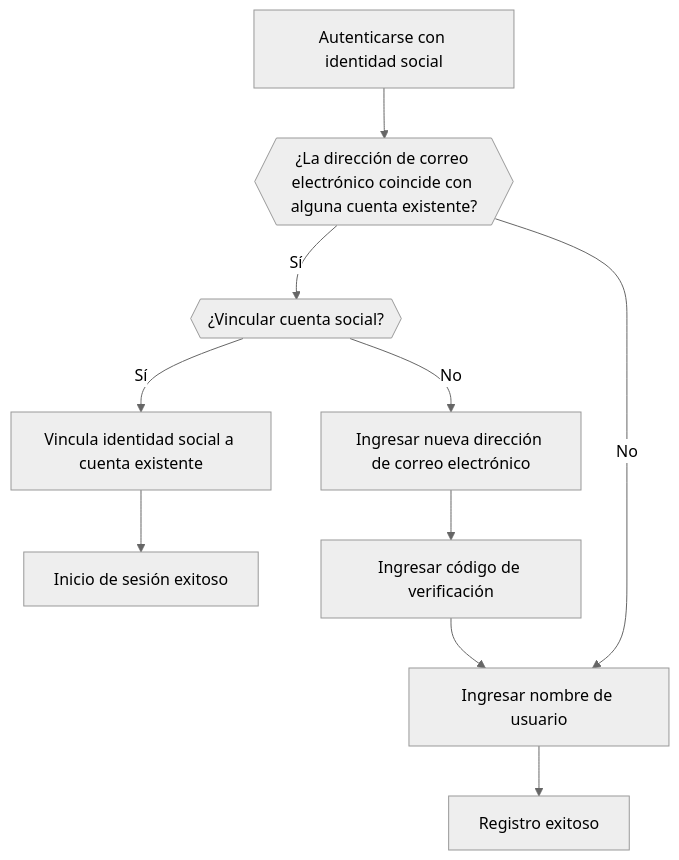
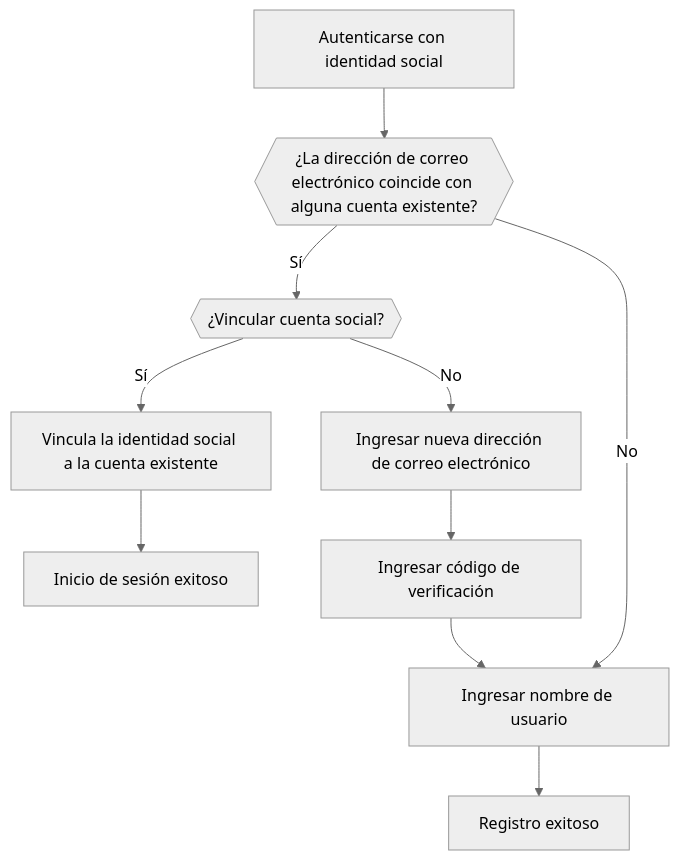
One commit to logto-io/docs changed the fifth of 6 diagrams in i18n/es/docusaurus-plugin-content-docs/current/end-user-flows/sign-up-and-sign-in/social-sign-in.mdx. Above: the diagram before and after it, drawn with Mermaid (neutral theme). The commit also changed other lines of this file and 67 other files, not shown here.

````diff
--- a/i18n/es/docusaurus-plugin-content-docs/current/end-user-flows/sign-up-and-sign-in/social-sign-in.mdx
+++ b/i18n/es/docusaurus-plugin-content-docs/current/end-user-flows/sign-up-and-sign-in/social-sign-in.mdx
@@ -134,12 +136,12 @@
    ```mermaid
       flowchart TD
        A[Autenticarse con identidad social] --> B{{¿La dirección de correo electrónico coincide con alguna cuenta existente?}}
        B -- Sí --> C{{¿Vincular cuenta social?}}
-       C -- Sí --> D[Vincula identidad social a cuenta existente]
+       C -- Sí --> D[Vincula la identidad social a la cuenta existente]
        D --> E[Inicio de sesión exitoso]
        C -- No --> F[Ingresar nueva dirección de correo electrónico]
        F --> G[Ingresar código de verificación]
        G --> H[Ingresar nombre de usuario]
        H --> I[Registro exitoso]
        B -- No --> H
    ```
````
